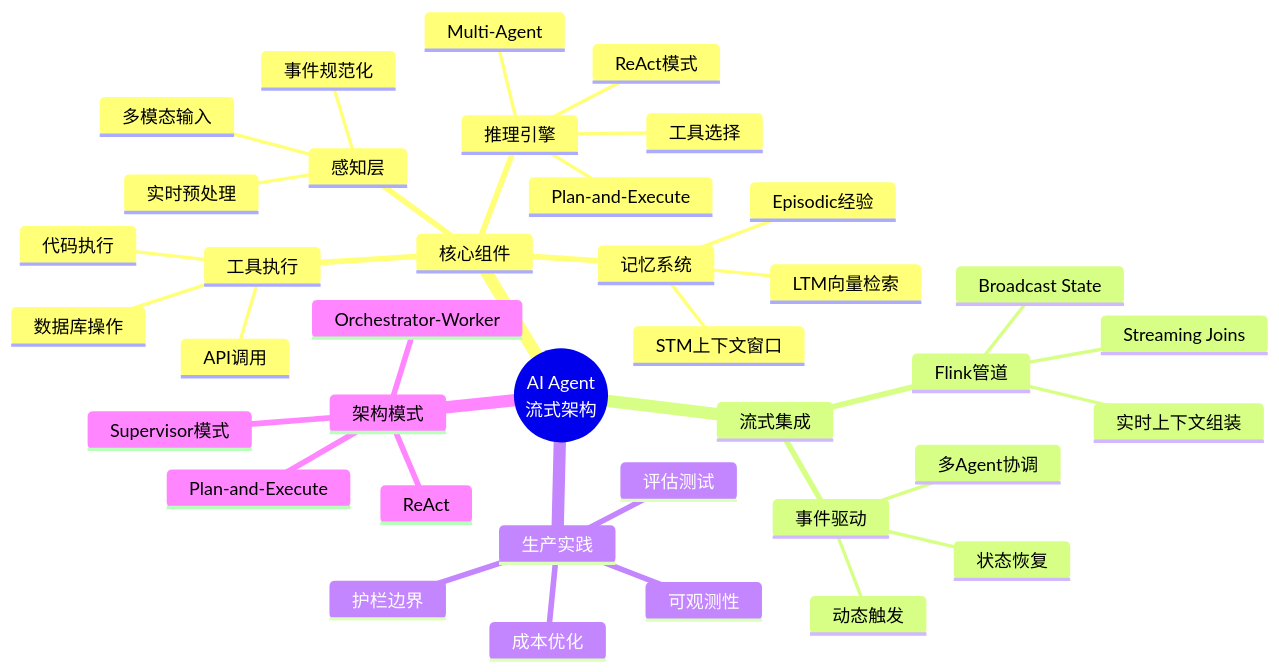
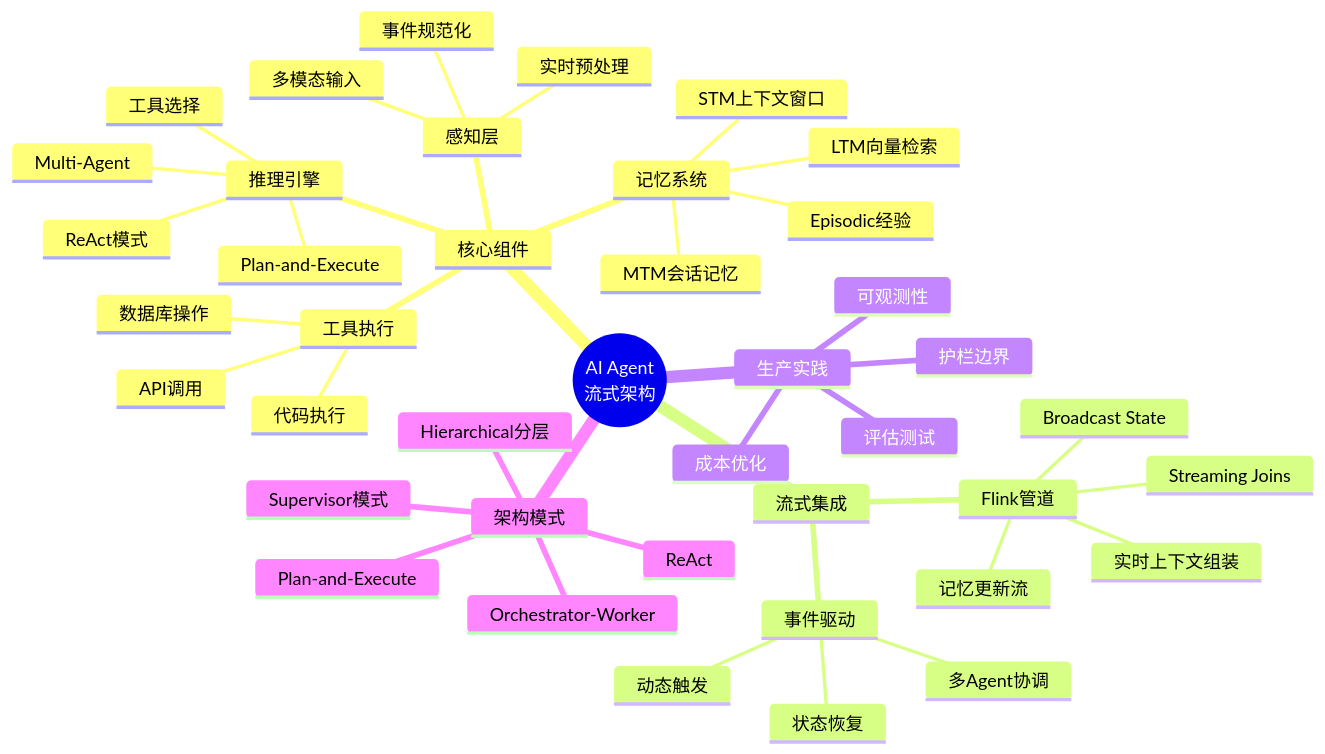
Before and after one commit to AdaMartin18010/AnalysisDataFlow: diagram 13 of 18 in Knowledge/06-frontier/ai-agent-streaming-architecture.md, drawn with Mermaid. The commit also changed other lines of this file and 202 other files, not shown here.

````diff
--- a/Knowledge/06-frontier/ai-agent-streaming-architecture.md
+++ b/Knowledge/06-frontier/ai-agent-streaming-architecture.md
@@ -1160,42 +1326,45 @@
 ```mermaid
 mindmap
   root((AI Agent
   流式架构))
     核心组件
       感知层
         多模态输入
         实时预处理
         事件规范化
       推理引擎
         ReAct模式
         Plan-and-Execute
         Multi-Agent
         工具选择
       记忆系统
         STM上下文窗口
+        MTM会话记忆
         LTM向量检索
         Episodic经验
       工具执行
         API调用
         代码执行
         数据库操作
     流式集成
       Flink管道
         实时上下文组装
         Streaming Joins
         Broadcast State
+        记忆更新流
       事件驱动
         动态触发
         多Agent协调
         状态恢复
     生产实践
       评估测试
       护栏边界
       可观测性
       成本优化
     架构模式
       ReAct
       Plan-and-Execute
       Orchestrator-Worker
       Supervisor模式
+      Hierarchical分层
 ```
````
